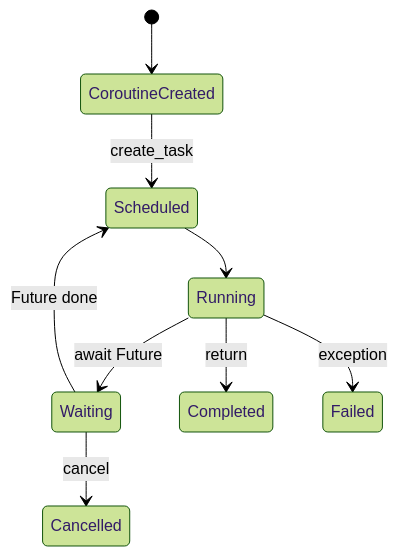
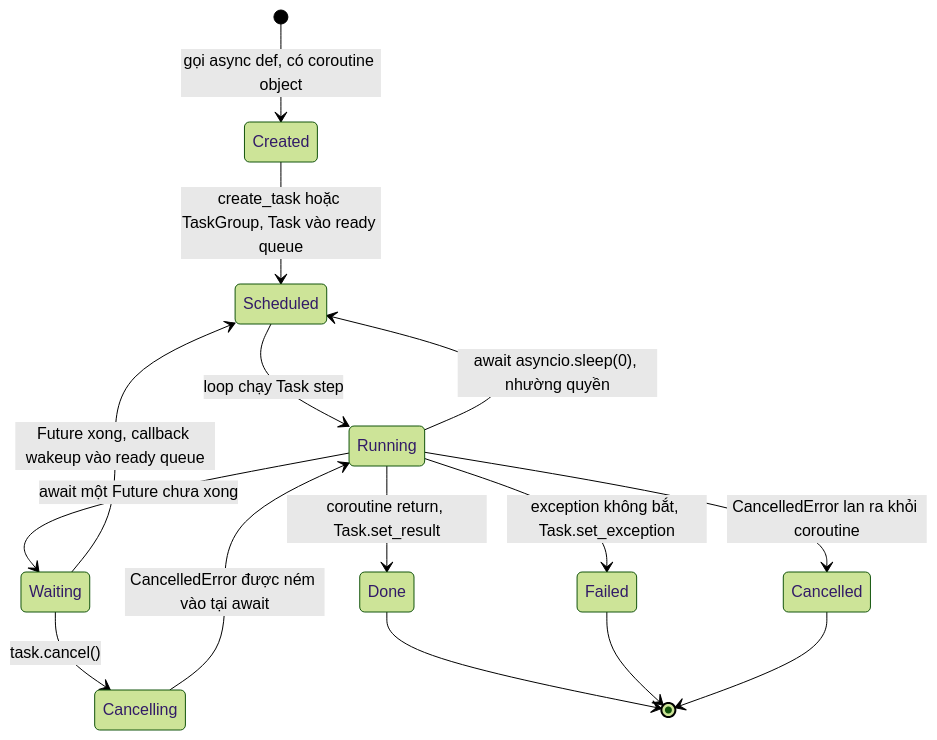
One commit to HuyNguyen-FinX/Try_Hard changed the first of 2 diagrams in python/knowledges/02-python-concurrency/coroutine-task-future.md. Above: the diagram before and after it, drawn with Mermaid (forest theme). The commit also changed other lines of this file and 139 other files, not shown here.

````diff
--- a/python/knowledges/02-python-concurrency/coroutine-task-future.md
+++ b/python/knowledges/02-python-concurrency/coroutine-task-future.md
@@ -151,11 +19,17 @@
 ```mermaid
 stateDiagram-v2
-    [*] --> CoroutineCreated
-    CoroutineCreated --> Scheduled: create_task
-    Scheduled --> Running
-    Running --> Waiting: await Future
-    Waiting --> Scheduled: Future done
-    Running --> Completed: return
-    Running --> Failed: exception
-    Waiting --> Cancelled: cancel
+    [*] --> Created: gọi async def, có coroutine object
+    Created --> Scheduled: create_task hoặc TaskGroup, Task vào ready queue
+    Scheduled --> Running: loop chạy Task step
+    Running --> Waiting: await một Future chưa xong
+    Waiting --> Scheduled: Future xong, callback wakeup vào ready queue
+    Running --> Scheduled: await asyncio.sleep(0), nhường quyền
+    Running --> Done: coroutine return, Task.set_result
+    Running --> Failed: exception không bắt, Task.set_exception
+    Waiting --> Cancelling: task.cancel()
+    Cancelling --> Running: CancelledError được ném vào tại await
+    Running --> Cancelled: CancelledError lan ra khỏi coroutine
+    Done --> [*]
+    Failed --> [*]
+    Cancelled --> [*]
 ```
````
